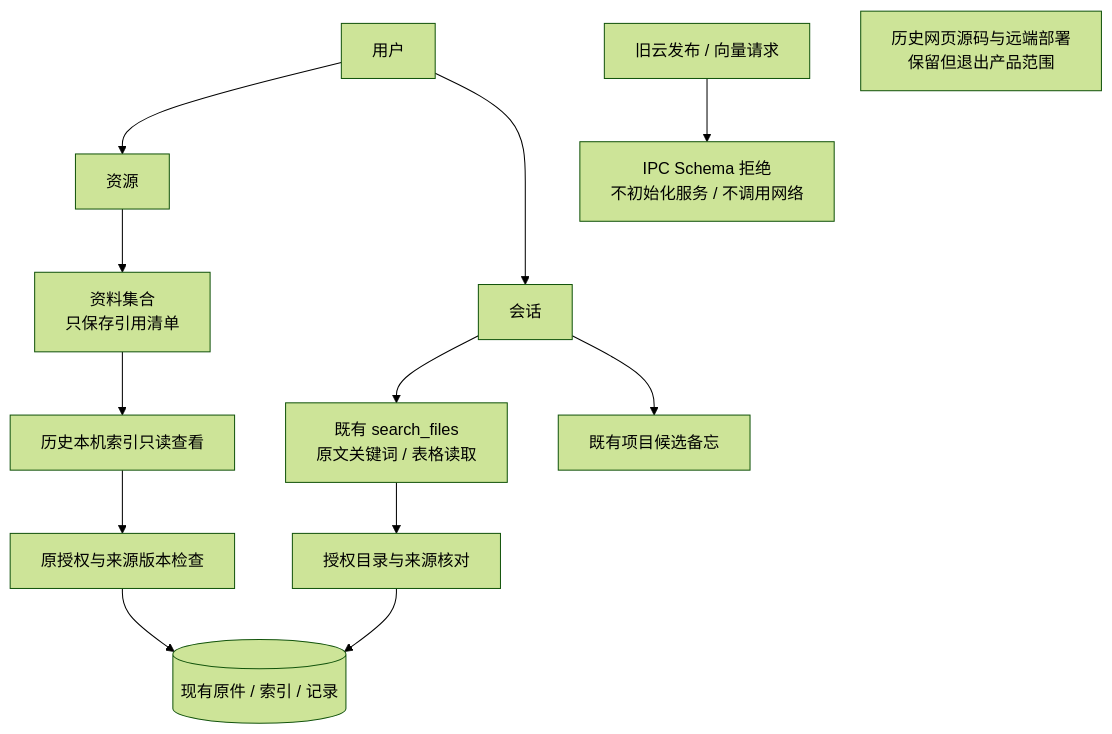
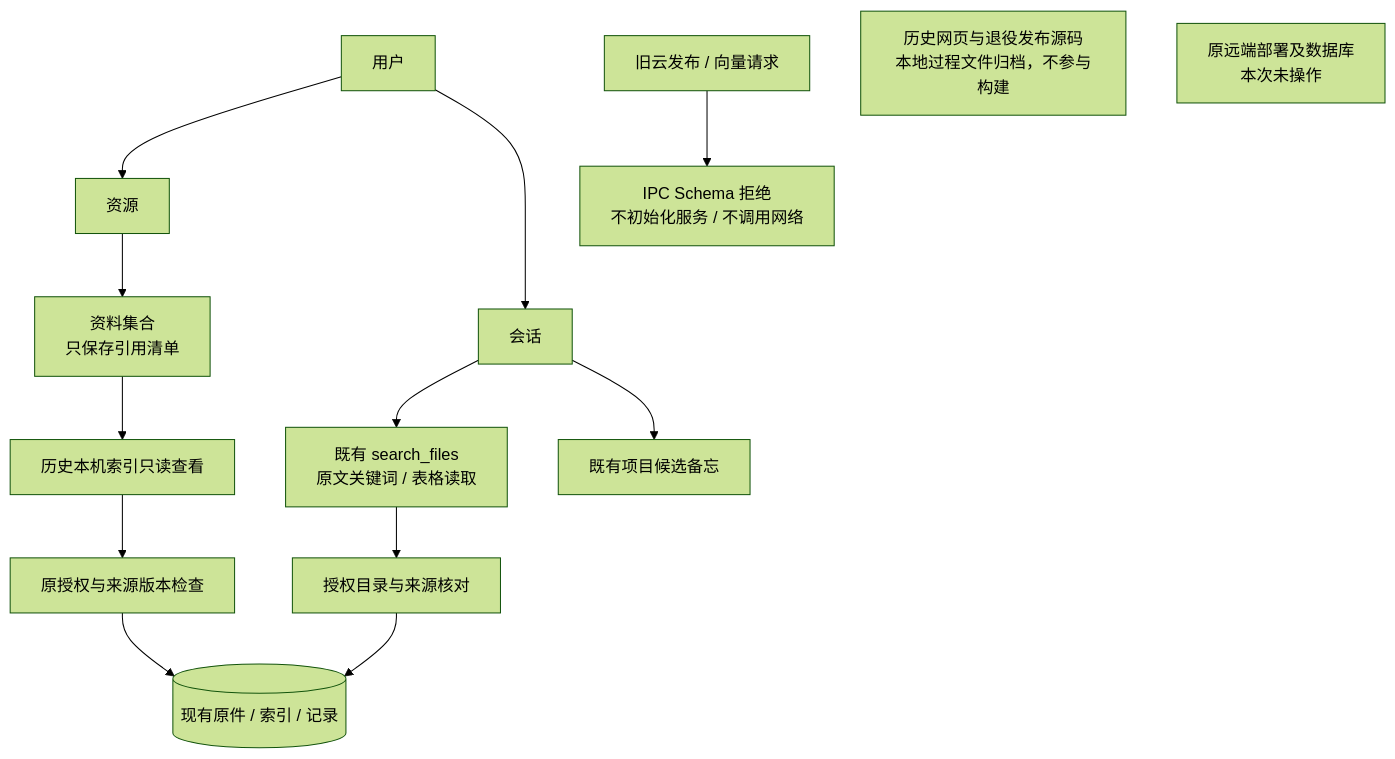
The diagram in docs/knowledge-retirement-2026-10-09.mmd (yuemokm/SLASH), drawn with Mermaid (forest theme) before and after one commit. The commit also changed 66 other files, not shown here.

```diff
--- a/docs/knowledge-retirement-2026-10-09.mmd
+++ b/docs/knowledge-retirement-2026-10-09.mmd
@@ -1,13 +1,14 @@
 flowchart TB
   User[用户] --> Resource[资源]
   Resource --> Collections[资料集合<br/>只保存引用清单]
   Collections --> History[历史本机索引只读查看]
   History --> Verify[原授权与来源版本检查]
   Verify --> Local[(现有原件 / 索引 / 记录)]
   User --> Chat[会话]
   Chat --> Search[既有 search_files<br/>原文关键词 / 表格读取]
   Search --> Gate[授权目录与来源核对]
   Gate --> Local
   Chat --> Memory[既有项目候选备忘]
   LegacyRequest[旧云发布 / 向量请求] --> Reject[IPC Schema 拒绝<br/>不初始化服务 / 不调用网络]
-  Archived[历史网页源码与远端部署<br/>保留但退出产品范围]
+  Archived[历史网页与退役发布源码<br/>本地过程文件归档，不参与构建]
+  Remote[原远端部署及数据库<br/>本次未操作]
```
